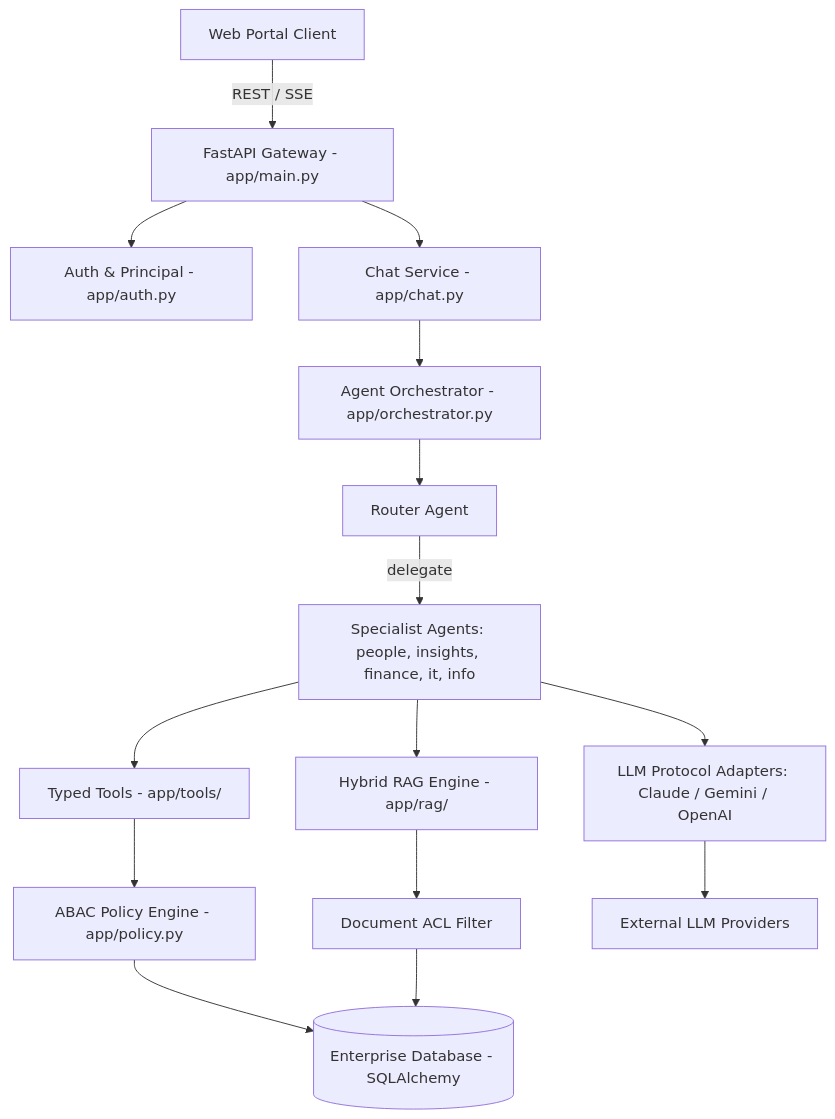
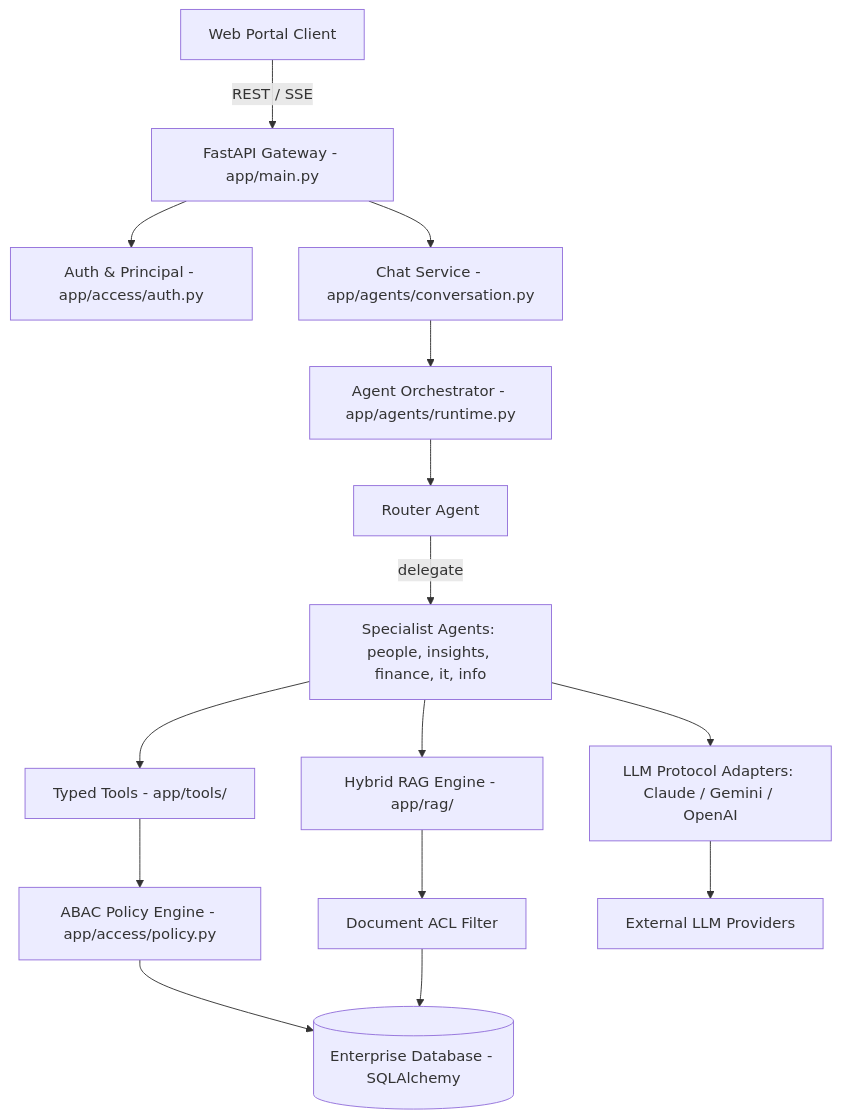
Before and after one commit to vandungvo/enterprise-agent-hub: the diagram in aidlc/inception/domain-design/components.md, drawn with Mermaid. The commit also changed 28 other files, not shown here.

````diff
--- a/aidlc/inception/domain-design/components.md
+++ b/aidlc/inception/domain-design/components.md
@@ -5,22 +5,22 @@
 ```mermaid
 graph TD
     UI[Web Portal Client] -->|REST / SSE| API[FastAPI Gateway - app/main.py]
-    API --> AUTH[Auth & Principal - app/auth.py]
-    API --> CHAT[Chat Service - app/chat.py]
+    API --> AUTH[Auth & Principal - app/access/auth.py]
+    API --> CHAT[Chat Service - app/agents/conversation.py]
     
-    CHAT --> ORCH[Agent Orchestrator - app/orchestrator.py]
+    CHAT --> ORCH[Agent Orchestrator - app/agents/runtime.py]
     ORCH --> ROUTER[Router Agent]
     ROUTER -->|delegate| SPEC[Specialist Agents: people, insights, finance, it, info]
     
     SPEC --> TOOLS[Typed Tools - app/tools/]
     SPEC --> RAG[Hybrid RAG Engine - app/rag/]
     
-    TOOLS --> POLICY[ABAC Policy Engine - app/policy.py]
+    TOOLS --> POLICY[ABAC Policy Engine - app/access/policy.py]
     RAG --> ACL[Document ACL Filter]
     
     POLICY --> DB[(Enterprise Database - SQLAlchemy)]
     ACL --> DB
     
     SPEC --> ADAPTER[LLM Protocol Adapters: Claude / Gemini / OpenAI]
     ADAPTER --> EXTERNAL[External LLM Providers]
 ```
````
